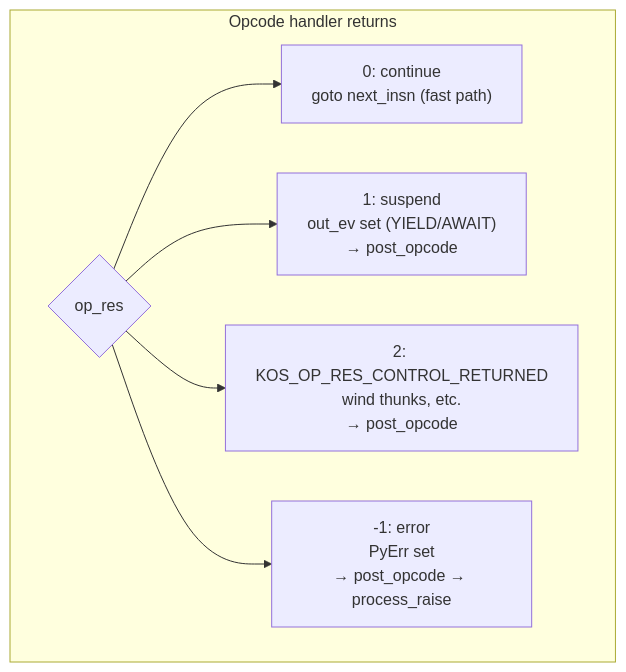
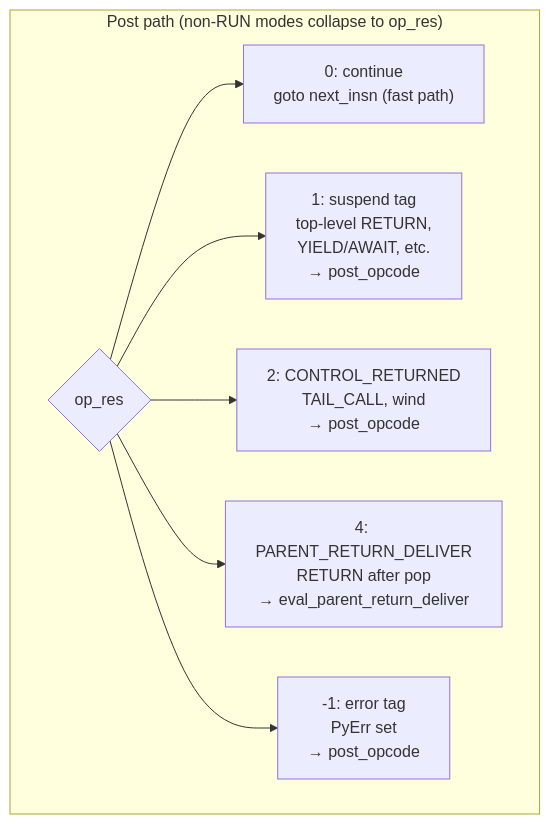
The seventh of 10 diagrams in design/EVALUATOR.md (koskari-lang/koskari), drawn with Mermaid before and after one commit. The commit also changed other lines of this file and 2 other files, not shown here.

First line of the commit message:
docs: align EVALUATOR and OPCODES with KosOpOutcome and parent return

````diff
--- a/design/EVALUATOR.md
+++ b/design/EVALUATOR.md
@@ -263,14 +299,16 @@
 ```mermaid
 flowchart TD
-    subgraph opcode_return["Opcode handler returns"]
+    subgraph opcode_return["Post path (non-RUN modes collapse to op_res)"]
         res{"op_res"}
         r0["0: continue<br/>goto next_insn (fast path)"]
-        r1["1: suspend<br/>out_ev set (YIELD/AWAIT)<br/>→ post_opcode"]
-        r2["2: KOS_OP_RES_CONTROL_RETURNED<br/>wind thunks, etc.<br/>→ post_opcode"]
-        rneg["-1: error<br/>PyErr set<br/>→ post_opcode → process_raise"]
+        r1["1: suspend tag<br/>top-level RETURN,<br/>YIELD/AWAIT, etc.<br/>→ post_opcode"]
+        r2["2: CONTROL_RETURNED<br/>TAIL_CALL, wind<br/>→ post_opcode"]
+        r4["4: PARENT_RETURN_DELIVER<br/>RETURN after pop<br/>→ eval_parent_return_deliver"]
+        rneg["-1: error tag<br/>PyErr set<br/>→ post_opcode"]
     end
     res --> r0
     res --> r1
     res --> r2
+    res --> r4
     res --> rneg
 ```
````
